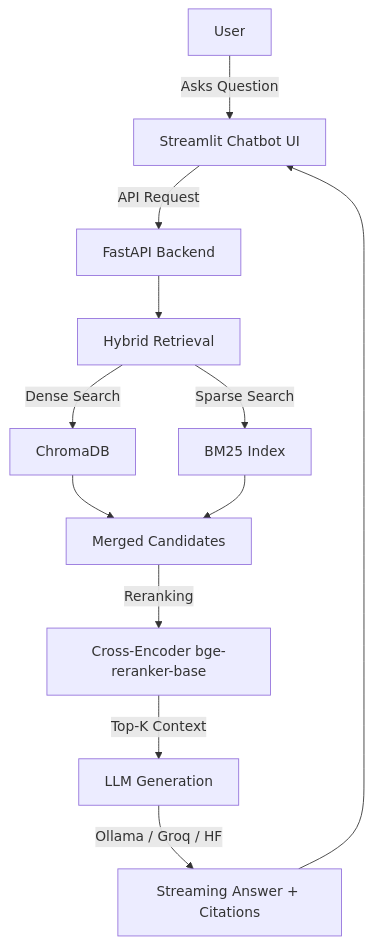
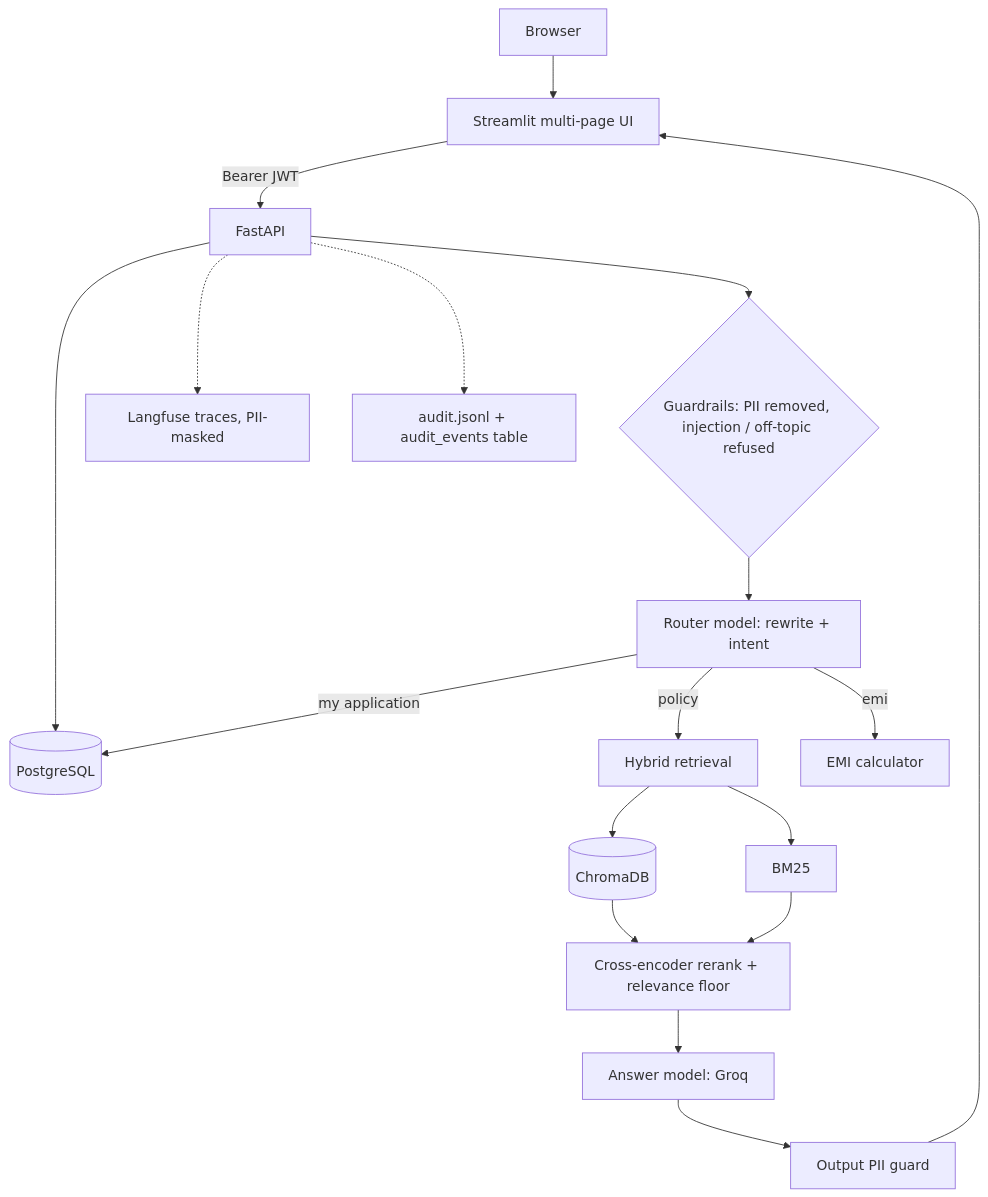
The diagram in README.md (mrunrin/loan-eligibility-assistant), drawn with Mermaid before and after one commit. The commit also changed other lines of this file and 123 other files, not shown here.

````diff
--- a/README.md
+++ b/README.md
@@ -27,14 +53,19 @@
 ```mermaid
 flowchart TD
-    A[User] -->|Asks Question| B[Streamlit Chatbot UI]
-    B -->|API Request| C[FastAPI Backend]
-    C --> D[Hybrid Retrieval]
-    D -->|Dense Search| E[ChromaDB]
-    D -->|Sparse Search| F[BM25 Index]
-    E --> G[Merged Candidates]
-    F --> G
-    G -->|Reranking| H[Cross-Encoder bge-reranker-base]
-    H -->|Top-K Context| I[LLM Generation]
-    I -->|Ollama / Groq / HF| J[Streaming Answer + Citations]
-    J --> B
+    U[Browser] --> S[Streamlit multi-page UI]
+    S -->|Bearer JWT| A[FastAPI]
+    A --> DB[(PostgreSQL)]
+    A --> G{Guardrails: PII removed, injection / off-topic refused}
+    G --> RT[Router model: rewrite + intent]
+    RT -->|policy| R[Hybrid retrieval]
+    RT -->|my application| DB
+    RT -->|emi| E[EMI calculator]
+    R --> C[(ChromaDB)]
+    R --> B[BM25]
+    C --> X[Cross-encoder rerank + relevance floor]
+    B --> X
+    X --> L[Answer model: Groq]
+    L --> O[Output PII guard] --> S
+    A -.-> LF[Langfuse traces, PII-masked]
+    A -.-> AU[audit.jsonl + audit_events table]
 ```
````
